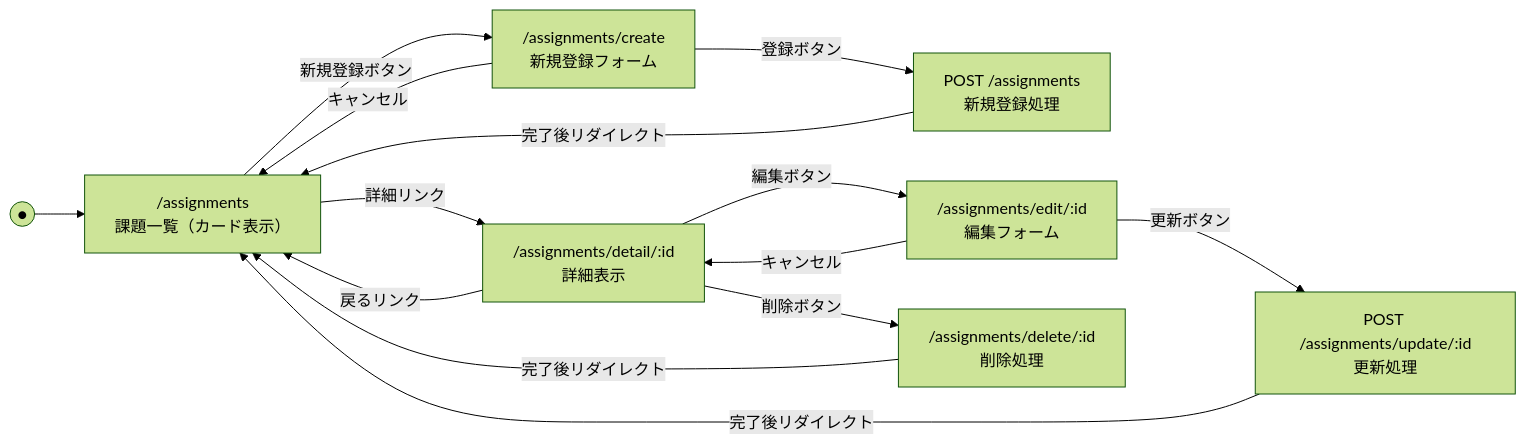
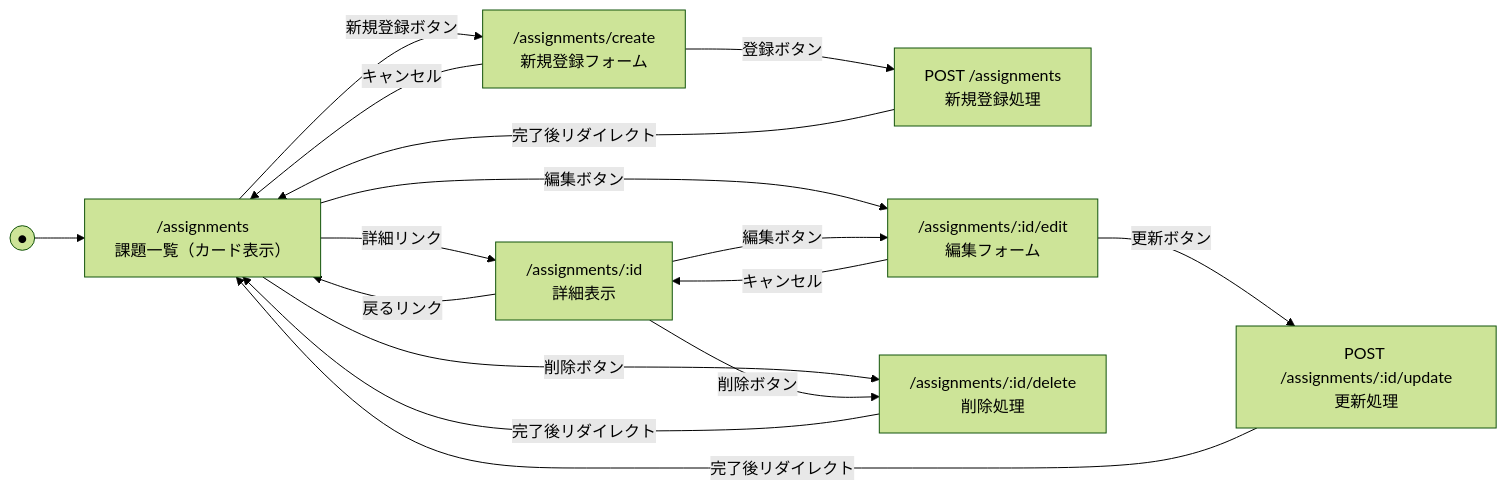
The diagram in spec.md (k-kushihama/webpro_06), drawn with Mermaid (forest theme) before and after one commit. The commit also changed 22 other files, not shown here.

````diff
--- a/spec.md
+++ b/spec.md
@@ -33,35 +33,37 @@
 ```mermaid
 flowchart LR
     list["/assignments<br>課題一覧（カード表示）"]
-    detail["/assignments/detail/:id<br>詳細表示"]
+    detail["/assignments/:id<br>詳細表示"]
     create_form["/assignments/create<br>新規登録フォーム"]
     create_proc["POST /assignments<br>新規登録処理"]
-    edit_form["/assignments/edit/:id<br>編集フォーム"]
-    update_proc["POST /assignments/update/:id<br>更新処理"]
-    delete_proc["/assignments/delete/:id<br>削除処理"]
+    edit_form["/assignments/:id/edit<br>編集フォーム"]
+    update_proc["POST /assignments/:id/update<br>更新処理"]
+    delete_proc["/assignments/:id/delete<br>削除処理"]
     start((●))
 
     start --> list
     
     %% 一覧からの遷移
     list -- 詳細リンク --> detail
     list -- 新規登録ボタン --> create_form
+    list -- 編集ボタン --> edit_form
+    list -- 削除ボタン --> delete_proc
 
     %% 詳細からの遷移
     detail -- 戻るリンク --> list
     detail -- 編集ボタン --> edit_form
     detail -- 削除ボタン --> delete_proc
 
     %% 新規登録フロー
     create_form -- キャンセル --> list
     create_form -- 登録ボタン --> create_proc
     create_proc -- 完了後リダイレクト --> list
 
     %% 編集フロー
     edit_form -- キャンセル --> detail
     edit_form -- 更新ボタン --> update_proc
     update_proc -- 完了後リダイレクト --> list
 
     %% 削除フロー
     delete_proc -- 完了後リダイレクト --> list
 ```
````
